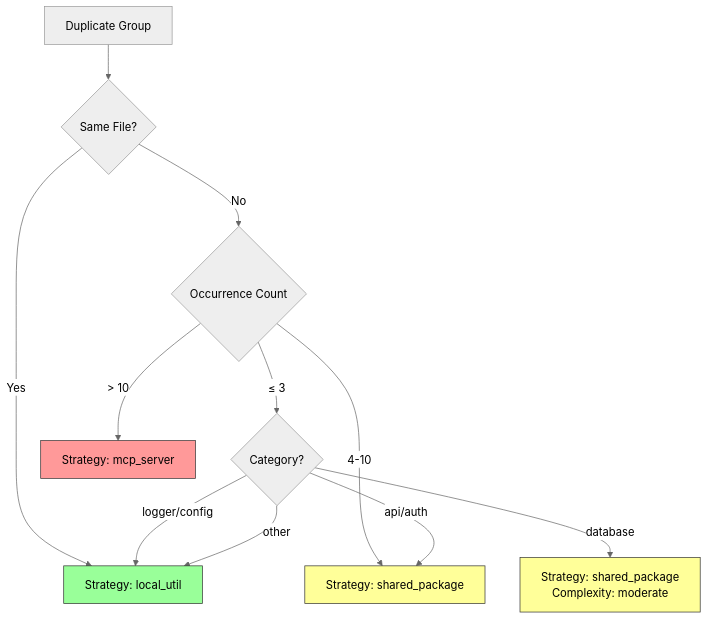
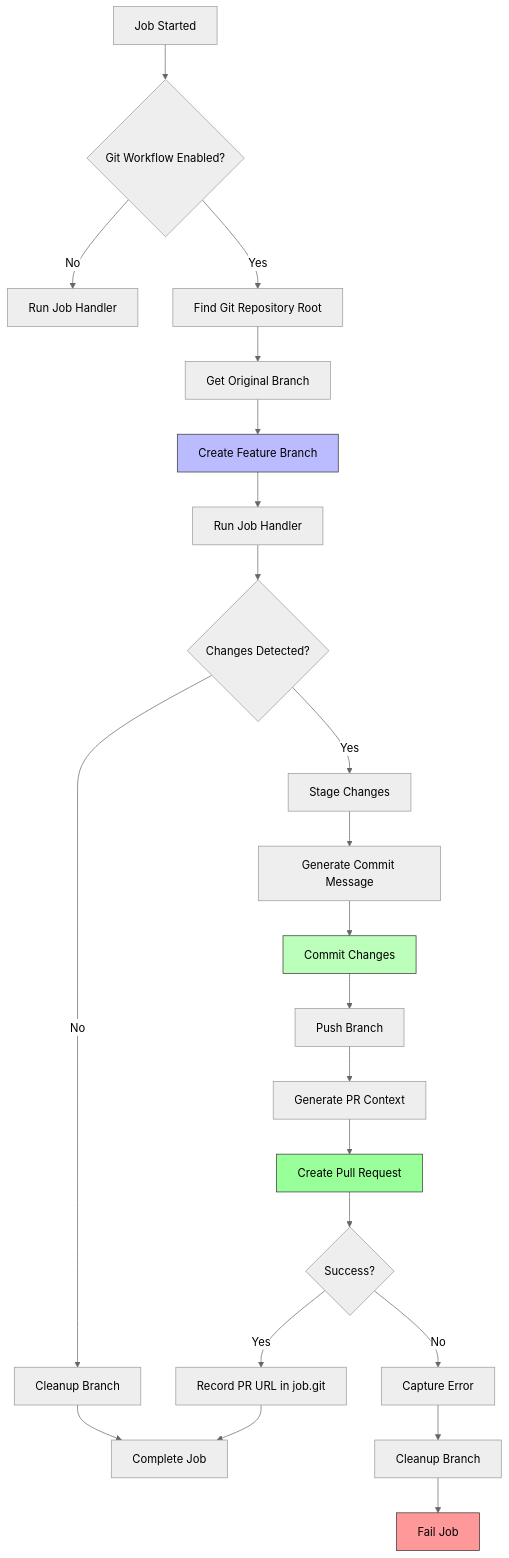
One commit to integritystudio/AlephAuto changed diagram 12 of 12 in docs/architecture/pipeline-data-flow.md. Above: the diagram before and after it, drawn with Mermaid (neutral theme). The commit also changed other lines of this file, not shown here.

First line of the commit message:
docs: expand pipeline data flow to cover all 9 workflows

````diff
--- a/docs/architecture/pipeline-data-flow.md
+++ b/docs/architecture/pipeline-data-flow.md
@@ -635,19 +1399,29 @@
 ```mermaid
 graph TB
-    A[Duplicate Group] --> B{Same File?}
-    B -->|Yes| C[Strategy: local_util]
-    B -->|No| D{Occurrence Count}
-    D -->|≤ 3| E{Category?}
-    D -->|4-10| F[Strategy: shared_package]
-    D -->|> 10| G[Strategy: mcp_server]
+    A[Job Started] --> B{Git Workflow Enabled?}
+    B -->|No| C[Run Job Handler]
+    B -->|Yes| D[Find Git Repository Root]
+    D --> E[Get Original Branch]
+    E --> F[Create Feature Branch]
+    F --> G[Run Job Handler]
+    G --> H{Changes Detected?}
+    H -->|No| I[Cleanup Branch]
+    H -->|Yes| J[Stage Changes]
+    I --> K[Complete Job]
+    J --> L[Generate Commit Message]
+    L --> M[Commit Changes]
+    M --> N[Push Branch]
+    N --> O[Generate PR Context]
+    O --> P[Create Pull Request]
+    P --> Q{Success?}
+    Q -->|Yes| R[Record PR URL in job.git]
+    Q -->|No| S[Capture Error]
+    R --> K
+    S --> T[Cleanup Branch]
+    T --> U[Fail Job]
 
-    E -->|logger/config| C
-    E -->|api/auth| F
-    E -->|database| H[Strategy: shared_package<br/>Complexity: moderate]
-    E -->|other| C
-
-    style C fill:#9f9,stroke:#333
-    style F fill:#ff9,stroke:#333
-    style G fill:#f99,stroke:#333
-    style H fill:#ff9,stroke:#333
+    style F fill:#bbf,stroke:#333
+    style M fill:#bfb,stroke:#333
+    style P fill:#9f9,stroke:#333
+    style U fill:#f99,stroke:#333
 ```
````
